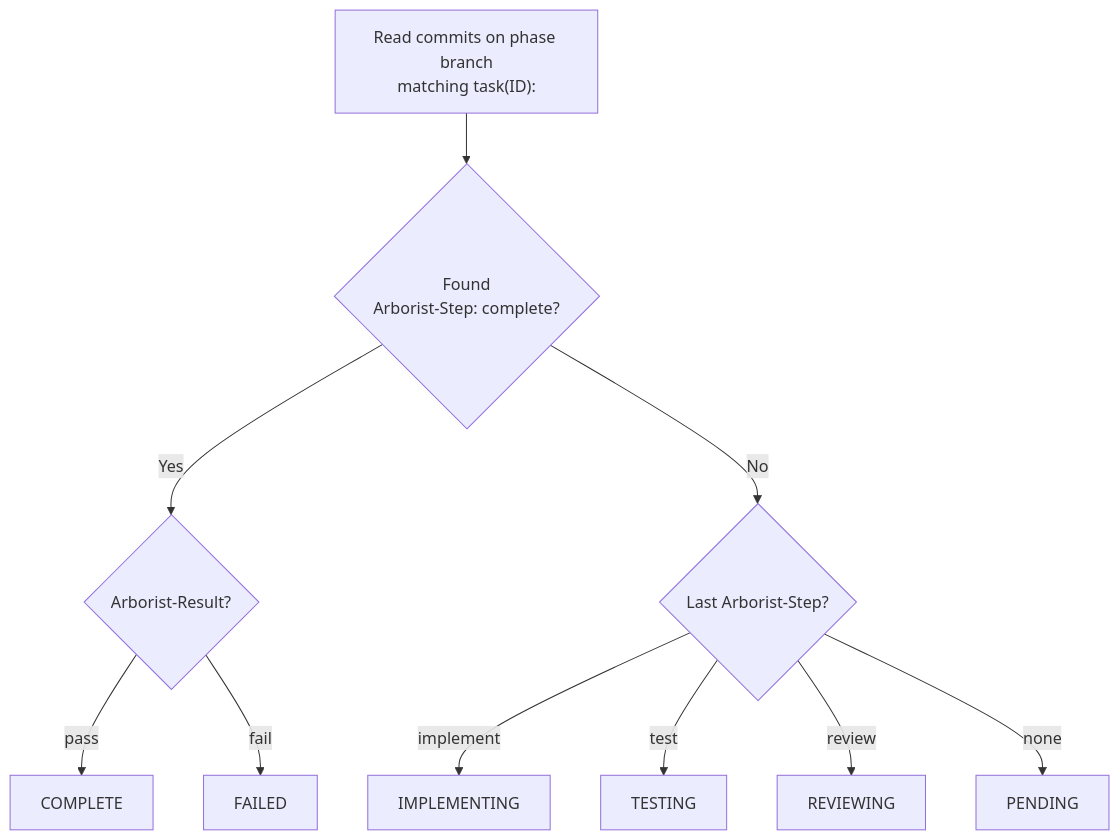
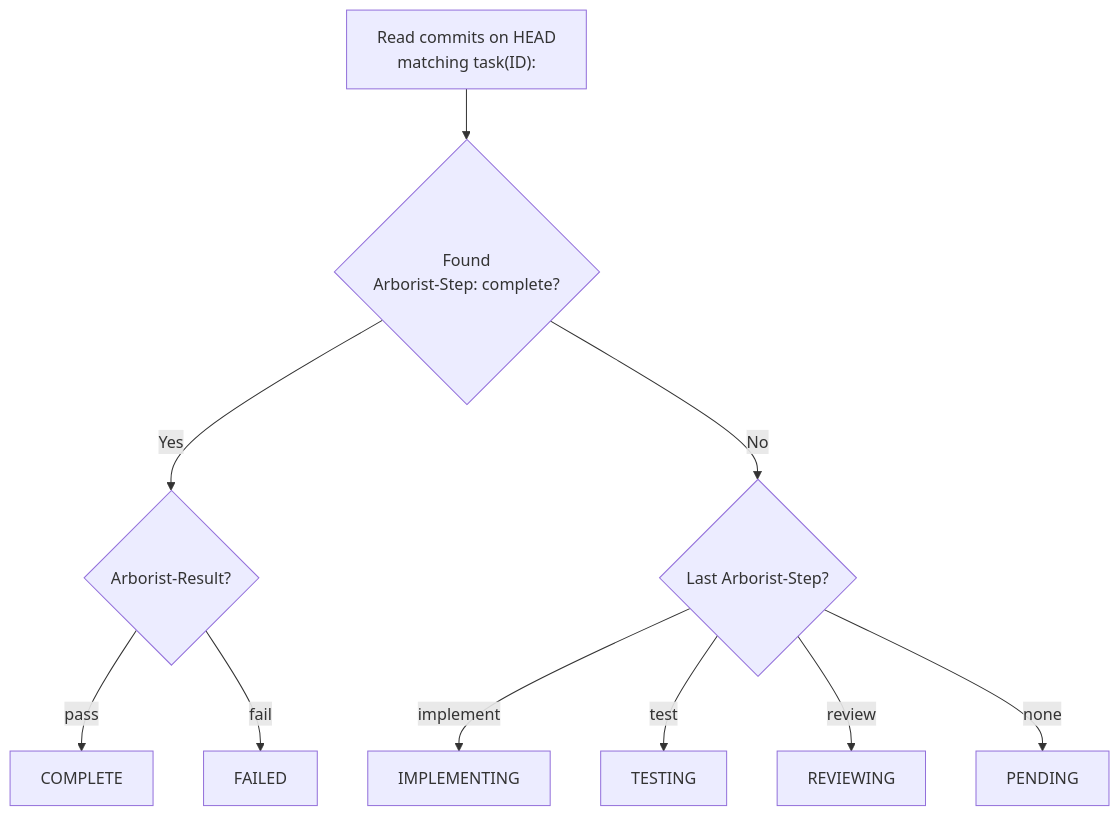
Before and after one commit to pennyworth-tech/agent-arborist: the first of 2 diagrams in docs/manual/06-git-integration.md, drawn with Mermaid. The commit also changed other lines of this file and 31 other files, not shown here.

````diff
--- a/docs/manual/06-git-integration.md
+++ b/docs/manual/06-git-integration.md
@@ -65,12 +52,12 @@
 ```mermaid
 flowchart TD
-    A["Read commits on phase branch<br/>matching task(ID):"] --> B{Found<br/>Arborist-Step: complete?}
+    A["Read commits on HEAD<br/>matching task(ID):"] --> B{Found<br/>Arborist-Step: complete?}
     B -- Yes --> C{Arborist-Result?}
     C -- pass --> D["COMPLETE"]
     C -- fail --> E["FAILED"]
     B -- No --> F{Last Arborist-Step?}
     F -- implement --> G["IMPLEMENTING"]
     F -- test --> H["TESTING"]
     F -- review --> I["REVIEWING"]
     F -- none --> J["PENDING"]
 ```
````
